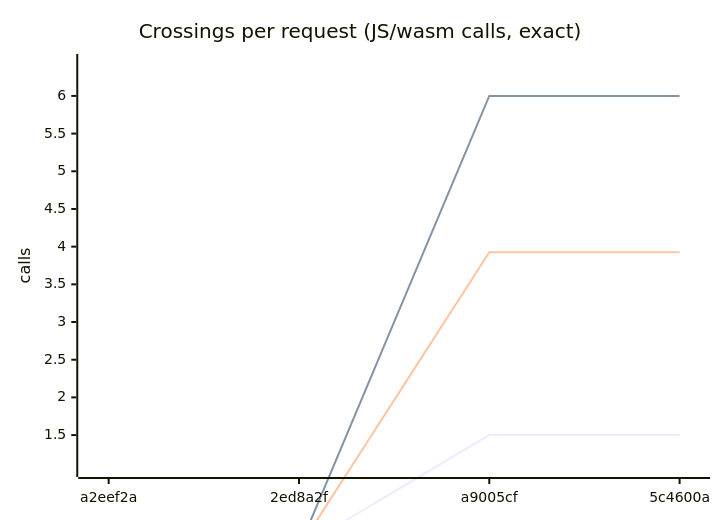
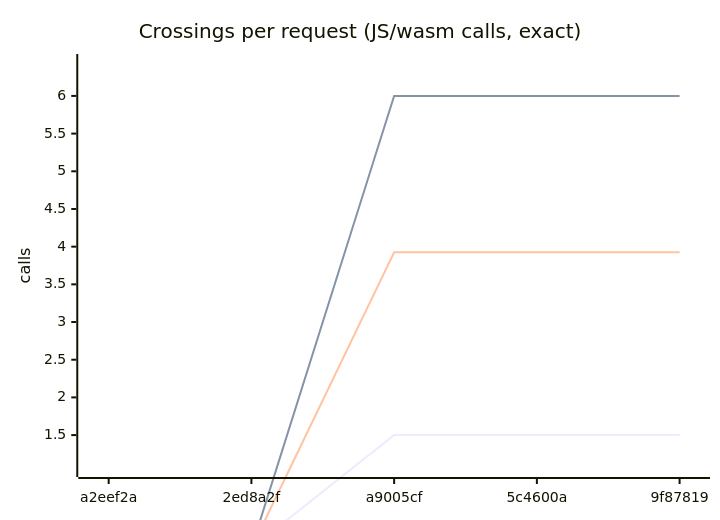
Before and after one commit to Karakatiza666/roc-cloudflare-workers: the fourth of 7 diagrams in CHART.md, drawn with Mermaid. The commit also changed other lines of this file and 2 other files, not shown here.

````diff
--- a/CHART.md
+++ b/CHART.md
@@ -55,9 +55,9 @@
 ```mermaid
 xychart-beta
     title "Crossings per request (JS/wasm calls, exact)"
-    x-axis ["a2eef2a", "2ed8a2f", "a9005cf", "5c4600a"]
+    x-axis ["a2eef2a", "2ed8a2f", "a9005cf", "5c4600a", "9f87819"]
     y-axis "calls" 1.05 --> 6.45
-    line [0, 0, 1.5, 1.5]
-    line [0, 0, 6, 6]
-    line [0, 0, 3.925, 3.925]
+    line [0, 0, 1.5, 1.5, 1.5]
+    line [0, 0, 6, 6, 6]
+    line [0, 0, 3.925, 3.925, 3.925]
 ```
````
